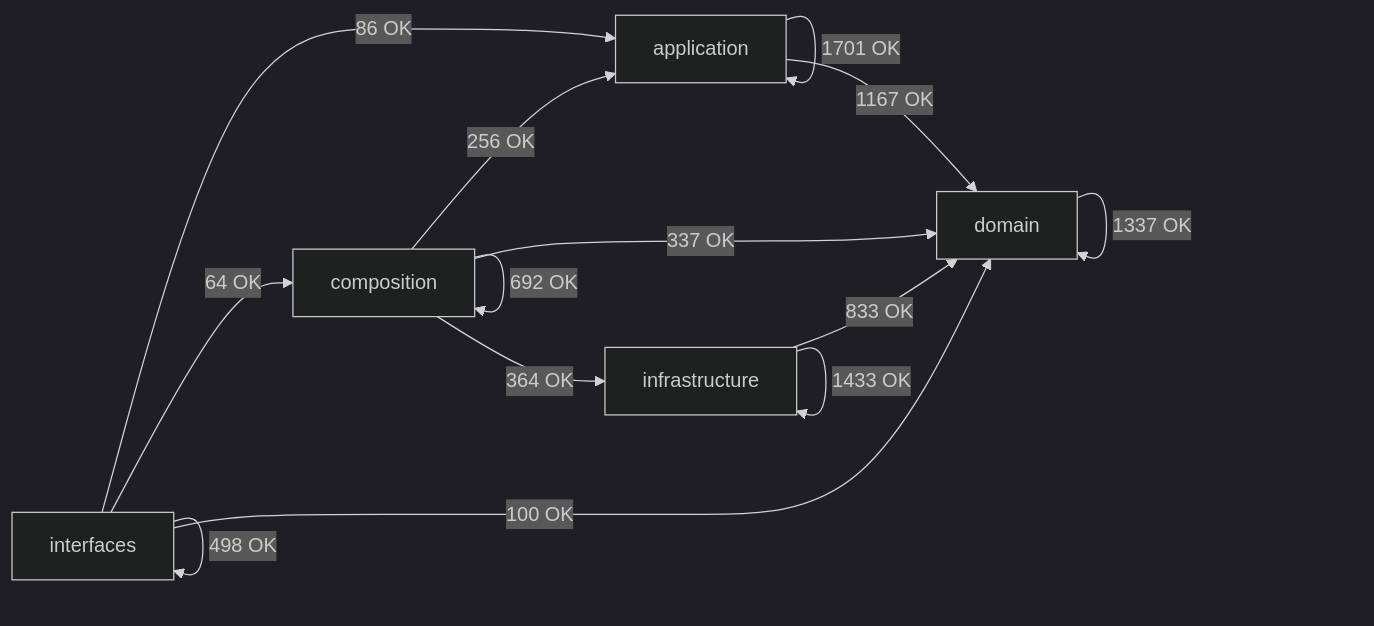
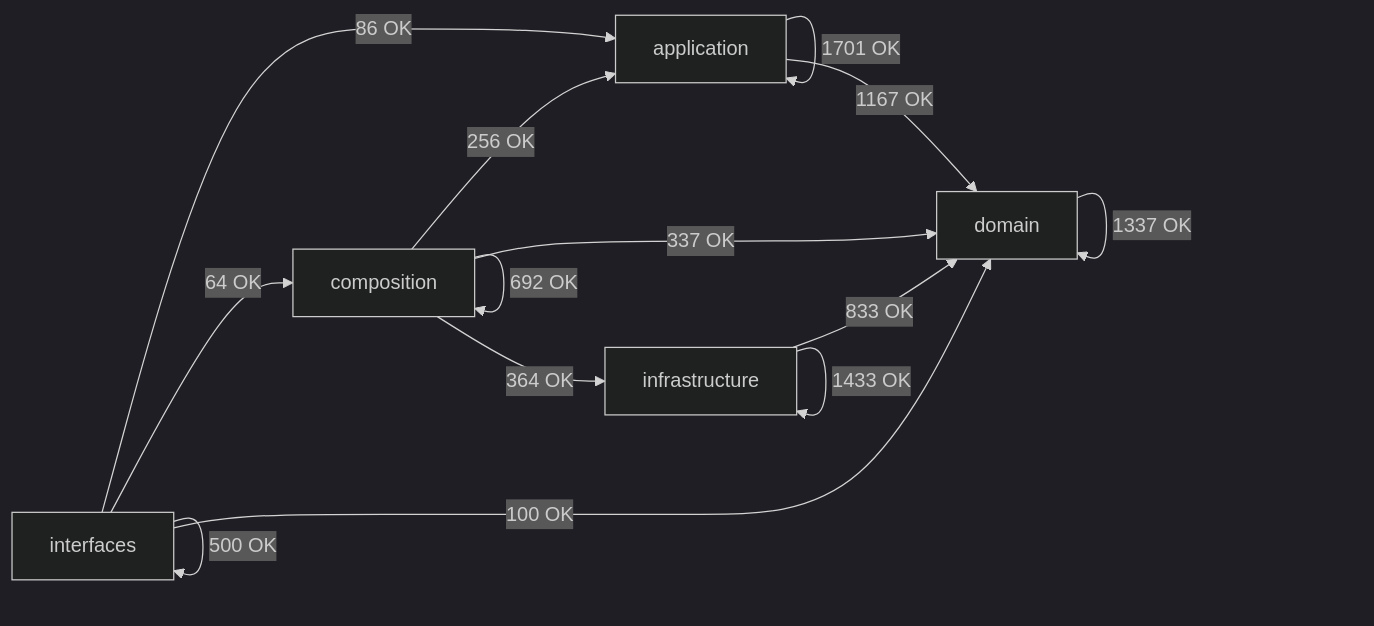
The diagram in docs/02-architecture/generated/module-dependency-map.md (SatoryKono/BioactivityDataAcquisition), drawn with Mermaid (dark theme) before and after one commit. The commit also changed other lines of this file and 13 other files, not shown here.

````diff
--- a/docs/02-architecture/generated/module-dependency-map.md
+++ b/docs/02-architecture/generated/module-dependency-map.md
@@ -17,21 +17,21 @@
 ```mermaid
 flowchart LR
     domain[domain]
     application[application]
     infrastructure[infrastructure]
     composition[composition]
     interfaces[interfaces]
     application -->|1701 OK| application
     application -->|1167 OK| domain
     composition -->|256 OK| application
     composition -->|692 OK| composition
     composition -->|337 OK| domain
     composition -->|364 OK| infrastructure
     domain -->|1337 OK| domain
     infrastructure -->|833 OK| domain
     infrastructure -->|1433 OK| infrastructure
     interfaces -->|86 OK| application
     interfaces -->|64 OK| composition
     interfaces -->|100 OK| domain
-    interfaces -->|498 OK| interfaces
+    interfaces -->|500 OK| interfaces
 ```
````
